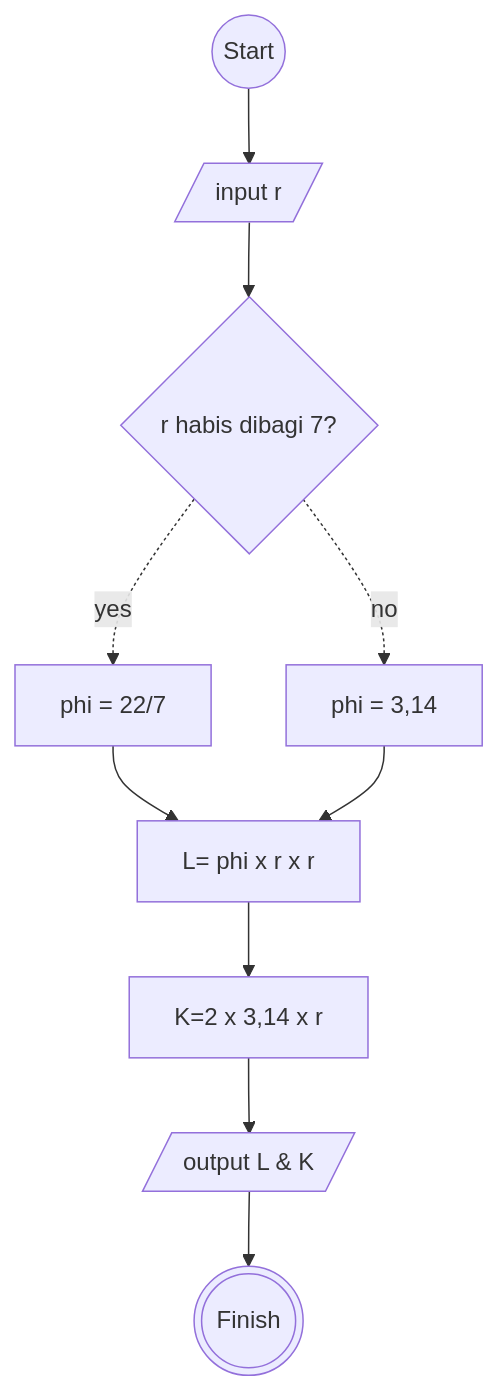
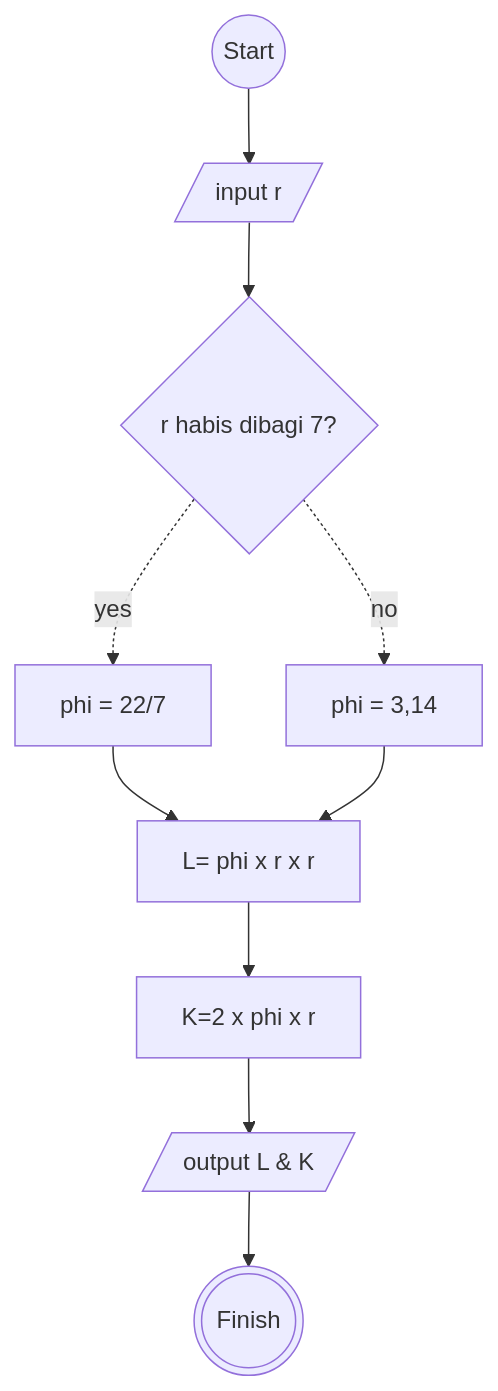
Before and after one commit to bando9/koda-b1-algoritm: the diagram in koda-b1-minitask3-algoritm.md, drawn with Mermaid.

Commit message:
fix minitask 3

````diff
--- a/koda-b1-minitask3-algoritm.md
+++ b/koda-b1-minitask3-algoritm.md
@@ -16,35 +16,35 @@
 ```mermaid
 
 flowchart TD
 
     start((Start))
 
     input[/input r /]
 
     dec1{r habis dibagi 7?}
 
     proc3[phi = 3,14]
     proc4[phi = 22/7]
 
     proc1["L= phi x r x r"]
 
 
-    proc2[K=2 x 3,14 x r]
+    proc2[K=2 x phi x r]
 
     out1[/output L & K/]
 
     finish(((Finish)))
 
 
 start --> input
 input --> dec1
 dec1 -. yes .->proc4
 dec1 -. no .->proc3
 proc4-->proc1
 proc3-->proc1
 proc1 --> proc2
 proc2 --> out1
 --> finish
 
 
 ```
````
